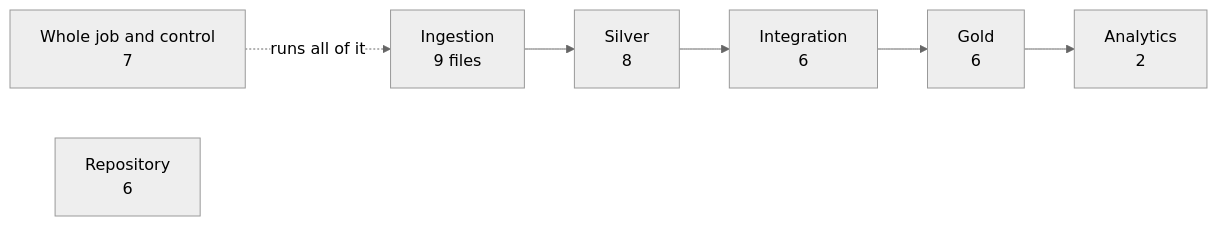
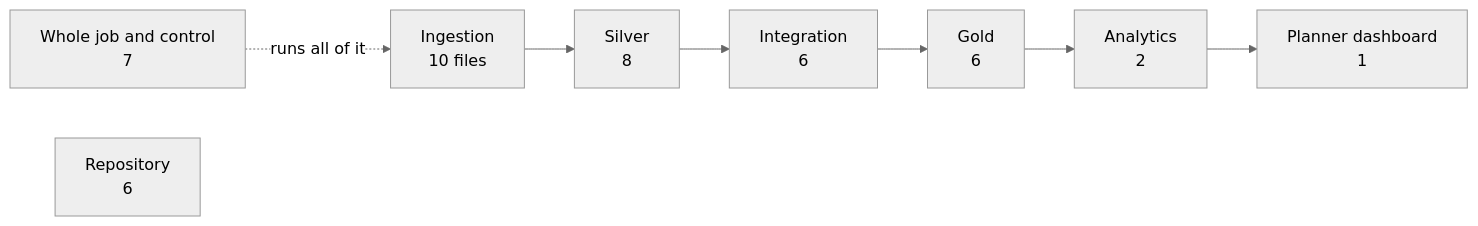
Before and after one commit to hyenalouise/edu-access-sandbox: the second of 2 diagrams in tests/README.md, drawn with Mermaid (neutral theme). The commit also changed other lines of this file and 4 other files, not shown here.

First line of the commit message:
Document the planner dashboard beside the data-quality dashboard

````diff
--- a/tests/README.md
+++ b/tests/README.md
@@ -28,6 +28,7 @@
 ```mermaid
 flowchart LR
-    ing[Ingestion<br/>9 files] --> sil[Silver<br/>8] --> int[Integration<br/>6] --> gold[Gold<br/>6] --> ana[Analytics<br/>2]
+    ing[Ingestion<br/>10 files] --> sil[Silver<br/>8] --> int[Integration<br/>6] --> gold[Gold<br/>6] --> ana[Analytics<br/>2]
     job[Whole job and control<br/>7] -.runs all of it.-> ing
+    ana --> dash[Planner dashboard<br/>1]
     repo[Repository<br/>6]
 ```
````
